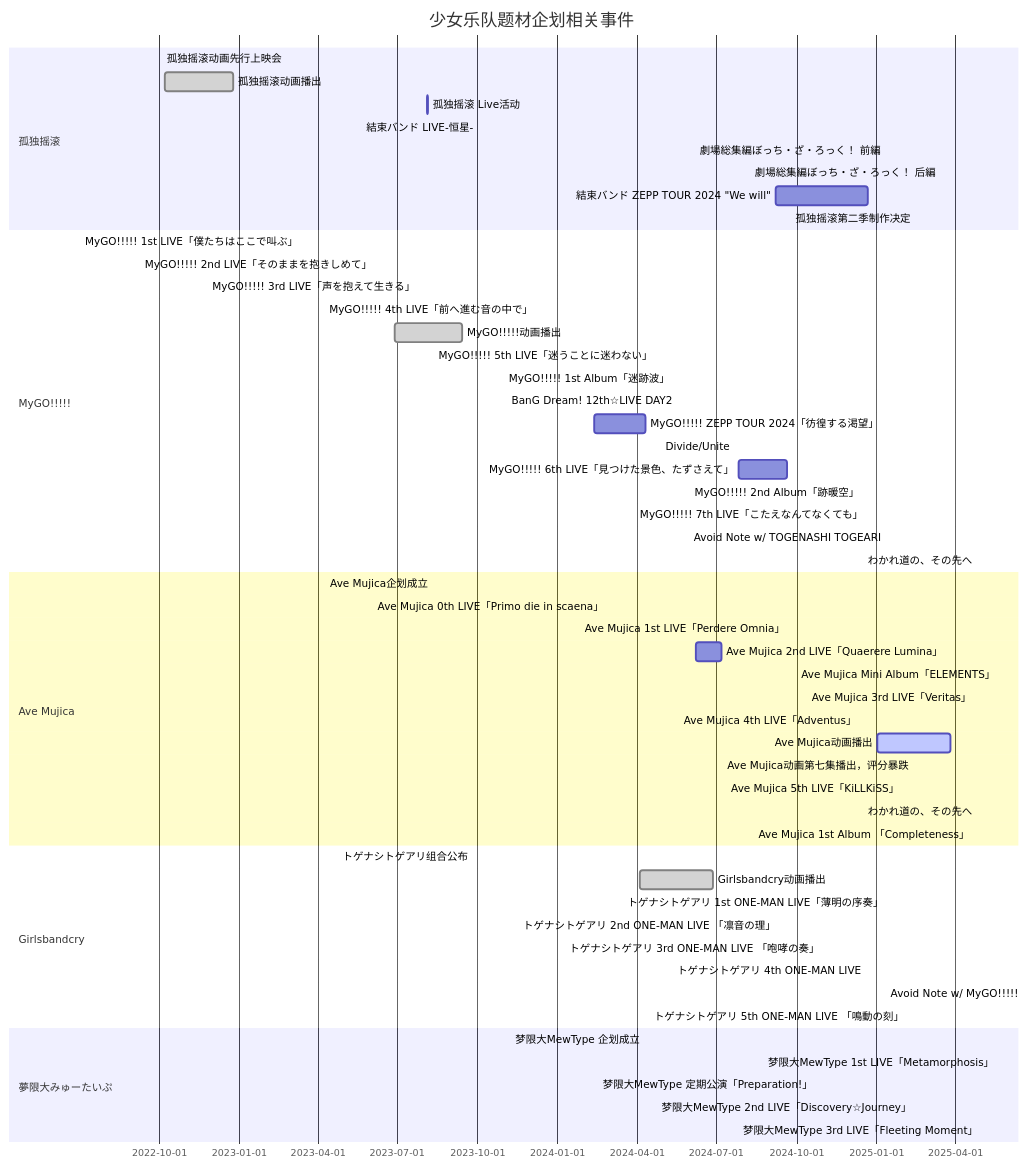
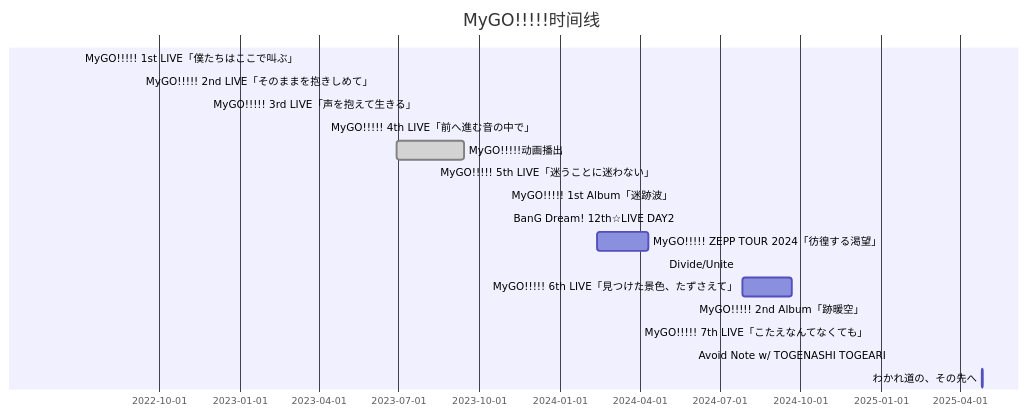
One commit to Chinasd1st/Chinasd1st.github.io changed the third of 6 diagrams in src/post/GirlsBands.md. Above: the diagram before and after it, drawn with Mermaid. The commit also changed 9 other files, not shown here.

````diff
--- a/src/post/GirlsBands.md
+++ b/src/post/GirlsBands.md
@@ -34,65 +52,20 @@
 ```mermaid
 gantt
-    title 少女乐队题材企划相关事件
+    title MyGO!!!!!时间线
     dateFormat  YYYY-MM-DD
-
-    section 孤独摇滚
-    孤独摇滚动画先行上映会 :done, 2022-10-05, 2022-10-05
-    孤独摇滚动画播出 :done, 2022-10-08, 2022-12-25
-    孤独摇滚 Live活动 : 2023-08-05, 2023-08-06
-    結束バンド LIVE-恒星- : 2023-05-21, 2023-05-21
-    劇場総集編ぼっち・ざ・ろっく！ 前編 : 2024-06-07, 2024-06-07
-    劇場総集編ぼっち・ざ・ろっく！ 后編 : 2024-08-09,2024-08-09
-    結束バンド ZEPP TOUR 2024 "We will" : 2024-09-08, 2024-12-22
-    孤独摇滚第二季制作决定 : 2025-02-15, 2025-02-15
-    
-    section MyGO!!!!!
-    %%MyGO!!!!!企划成立 :done, 2021-07-01, 2021-07-01
     MyGO!!!!! 1st LIVE「僕たちはここで叫ぶ」 : 2022-07-03, 2022-07-03
     MyGO!!!!! 2nd LIVE「そのままを抱きしめて」 : 2022-09-10, 2022-09-10
     MyGO!!!!! 3rd LIVE「声を抱えて生きる」 : 2022-11-26, 2022-11-26
     MyGO!!!!! 4th LIVE「前へ進む音の中で」 : 2023-04-09, 2023-04-09
     MyGO!!!!!动画播出 :done, 2023-06-29, 2023-09-14
     MyGO!!!!! 5th LIVE「迷うことに迷わない」 : 2023-08-12, 2023-08-12
     MyGO!!!!! 1st Album「迷跡波」: 2023-11-01, 2023-11-01
     BanG Dream! 12th☆LIVE DAY2:ちいさな一瞬 : 2023-11-04, 2023-11-04   
     MyGO!!!!! ZEPP TOUR 2024「彷徨する渇望」 : 2024-02-12, 2024-04-11
     Divide/Unite : 2024-04-29, 2024-04-29
     MyGO!!!!! 6th LIVE「見つけた景色、たずさえて」 : 2024-07-27, 2024-09-21    
     MyGO!!!!! 2nd Album「跡暖空」 : 2024-12-18, 2024-12-18
     MyGO!!!!! 7th LIVE「こたえなんてなくても」 : 2024-12-22, 2024-12-22
     Avoid Note w/ TOGENASHI TOGEARI : 2025-01-12, 2025-01-12
     わかれ道の、その先へ : 2025-04-26, 2025-04-27
-
-
-    section Ave Mujica
-    Ave Mujica企划成立 :done, 2023-04-10, 2023-04-10
-    Ave Mujica 0th LIVE「Primo die in scaena」 : 2023-06-04, 2023-06-04
-    Ave Mujica 1st LIVE「Perdere Omnia」 : 2024-01-27, 2024-01-27
-    Ave Mujica 2nd LIVE「Quaerere Lumina」 : 2024-06-08, 2024-07-07
-    Ave Mujica Mini Album「ELEMENTS」 : 2024-10-02, 2024-10-02
-    Ave Mujica 3rd LIVE「Veritas」 : 2024-10-13, 2024-10-13
-    Ave Mujica 4th LIVE「Adventus」 : 2024-12-15, 2024-12-15
-    Ave Mujica动画播出 :active, 2025-01-02, 2025-03-27
-    Ave Mujica动画第七集播出，评分暴跌 :2025-02-13, 2025-02-13
-    Ave Mujica 5th LIVE「KiLLKiSS」 : 2025-02-02, 2025-02-02
-    わかれ道の、その先へ : 2025-04-26, 2025-04-27
-    Ave Mujica 1st Album 「Completeness」 : 2025-04-23, 2025-04-23
-
-    section Girlsbandcry
-    トゲナシトゲアリ组合公布 :done, 2023-04-24, 2023-04-24
-    Girlsbandcry动画播出 :done, 2024-04-05, 2024-06-28
-    トゲナシトゲアリ 1st ONE-MAN LIVE「薄明の序奏」 : 2024-03-16, 2024-03-16
-    トゲナシトゲアリ 2nd ONE-MAN LIVE 「凛音の理」 : 2024-09-13, 2024-09-13
-    トゲナシトゲアリ 3rd ONE-MAN LIVE 「咆哮の奏」 : 2024-11-02, 2024-11-02
-    トゲナシトゲアリ 4th ONE-MAN LIVE : 2024-12-20, 2024-12-20
-    Avoid Note w/ MyGO!!!!! : 2025-01-12, 2025-01-12
-    トゲナシトゲアリ 5th ONE-MAN LIVE 「鳴動の刻」 : 2025-02-07, 2025-02-07
-    
-    section 夢限大みゅーたいぷ
-    梦限大MewType 企划成立 : 2023.11.09, 2023.11.09
-    梦限大MewType 1st LIVE「Metamorphosis」: 2024.08.24, 2024.08.24
-    梦限大MewType 定期公演「Preparation!」: 2024.10.25, 2024.12.20
-    梦限大MewType 2nd LIVE「Discovery☆Journey」: 2025.02.16, 2025.02.16
-    梦限大MewType 3rd LIVE「Fleeting Moment」 : 2025.05.03, 2025.05.07
 ```
````
